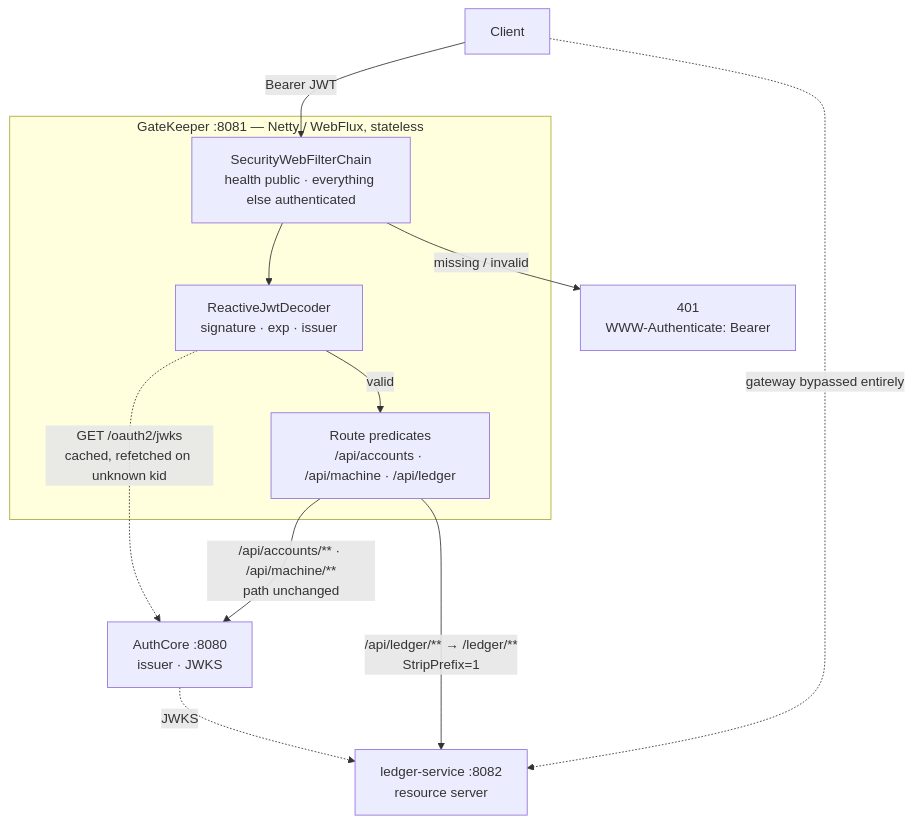
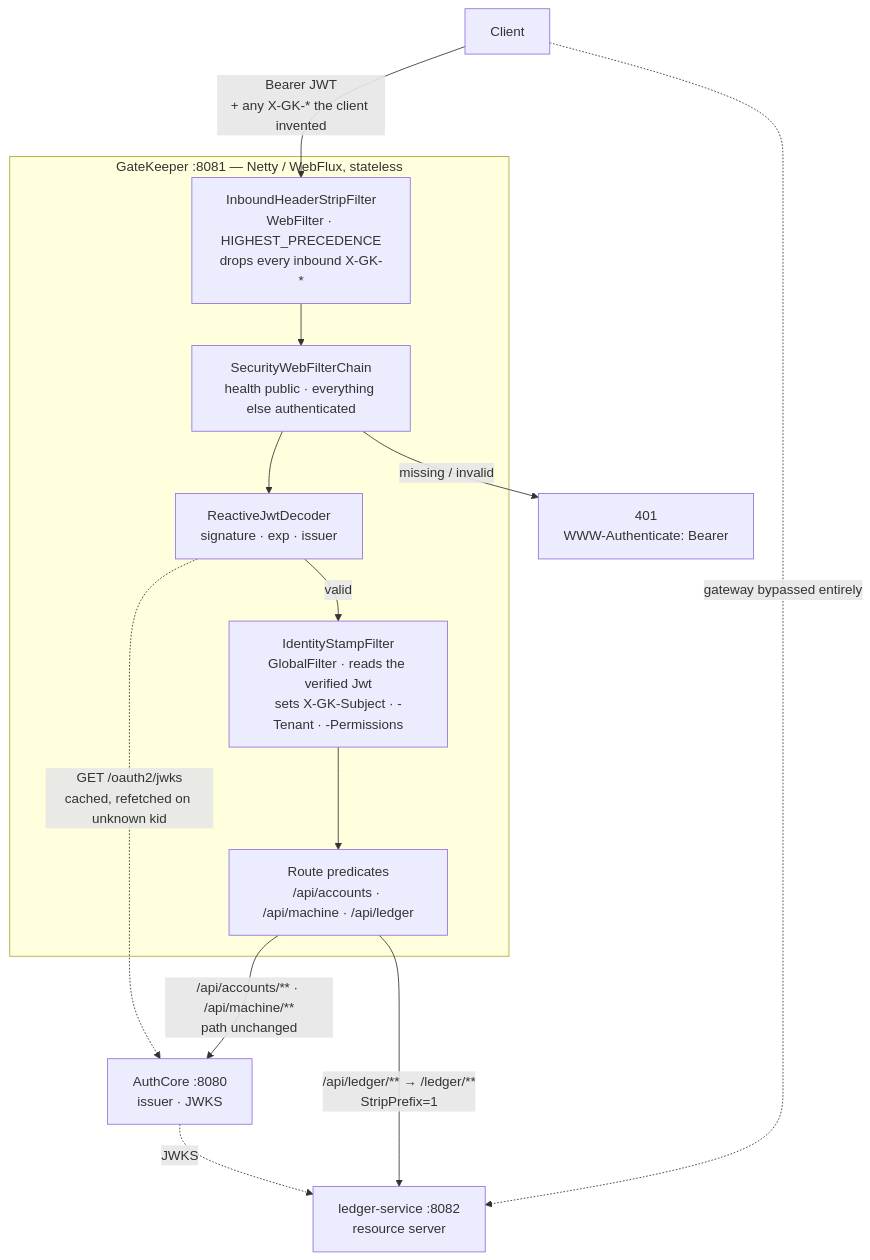
One commit to ezat141/gatekeeper changed the diagram in README.md. Above: the diagram before and after it, drawn with Mermaid. The commit also changed other lines of this file, not shown here.

Commit message:
docs: reconcile the scope line, capability table, and diagram with M3

````diff
--- a/README.md
+++ b/README.md
@@ -106,25 +108,29 @@
 ```mermaid
 graph TB
     C["Client"]
 
     subgraph GK["GateKeeper :8081 — Netty / WebFlux, stateless"]
+        STRIP["InboundHeaderStripFilter<br/>WebFilter · HIGHEST_PRECEDENCE<br/>drops every inbound X-GK-*"]
         SEC["SecurityWebFilterChain<br/>health public · everything else authenticated"]
         DEC["ReactiveJwtDecoder<br/>signature · exp · issuer"]
+        STAMP["IdentityStampFilter<br/>GlobalFilter · reads the verified Jwt<br/>sets X-GK-Subject · -Tenant · -Permissions"]
         ROUTE["Route predicates<br/>/api/accounts · /api/machine · /api/ledger"]
     end
 
     A["AuthCore :8080<br/>issuer · JWKS"]
     L["ledger-service :8082<br/>resource server"]
 
-    C -->|"Bearer JWT"| SEC
+    C -->|"Bearer JWT<br/>+ any X-GK-* the client invented"| STRIP
+    STRIP --> SEC
     SEC --> DEC
     DEC -.->|"GET /oauth2/jwks<br/>cached, refetched on unknown kid"| A
-    DEC -->|"valid"| ROUTE
+    DEC -->|"valid"| STAMP
+    STAMP --> ROUTE
     SEC -->|"missing / invalid"| R401["401<br/>WWW-Authenticate: Bearer"]
 
     ROUTE -->|"/api/accounts/** · /api/machine/**<br/>path unchanged"| A
     ROUTE -->|"/api/ledger/** → /ledger/**<br/>StripPrefix=1"| L
 
     C -.->|"gateway bypassed entirely"| L
     A -. "JWKS" .-> L
 ```
````
